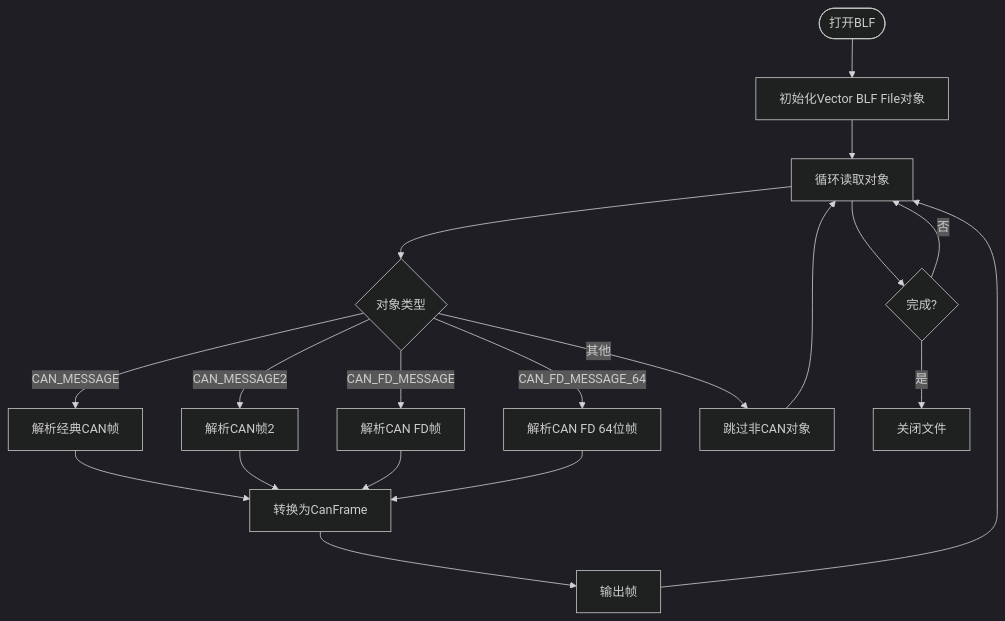
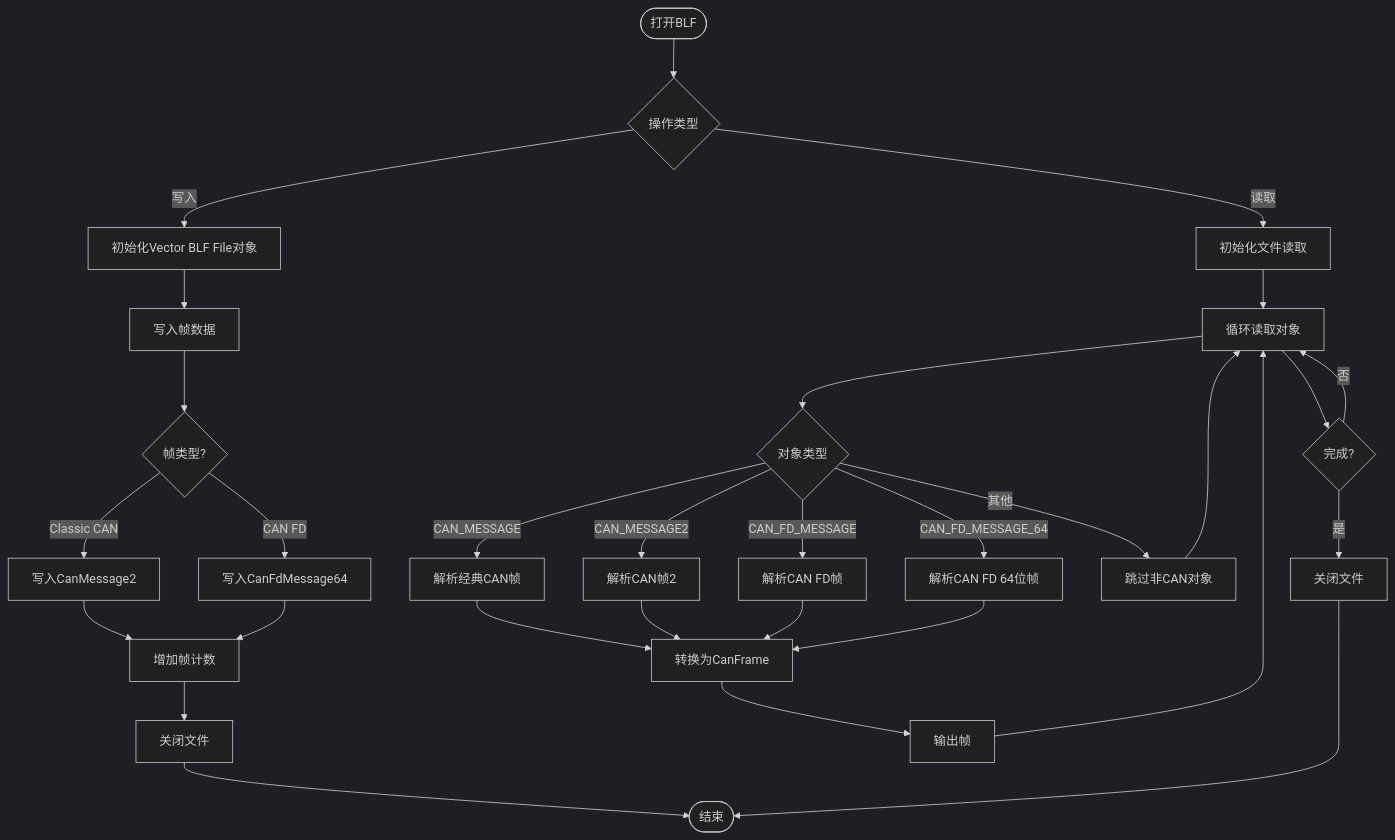
Before and after one commit to jakecai1225-design/OpenBus: the sixth of 11 diagrams in .qoder/repowiki/zh/content/核心模块详解/CAN文件IO系统.md, drawn with Mermaid (dark theme). The commit also changed other lines of this file and 38 other files, not shown here.

````diff
--- a/.qoder/repowiki/zh/content/核心模块详解/CAN文件IO系统.md
+++ b/.qoder/repowiki/zh/content/核心模块详解/CAN文件IO系统.md
@@ -313,21 +331,32 @@
 ```mermaid
 flowchart TD
-Open(["打开BLF"]) --> Init["初始化Vector BLF File对象"]
-Init --> ReadObj["循环读取对象"]
-ReadObj --> Type{"对象类型"}
-Type --> |CAN_MESSAGE| ParseClassic["解析经典CAN帧"]
-Type --> |CAN_MESSAGE2| ParseClassic2["解析CAN帧2"]
-Type --> |CAN_FD_MESSAGE| ParseFD["解析CAN FD帧"]
-Type --> |CAN_FD_MESSAGE_64| ParseFD64["解析CAN FD 64位帧"]
-Type --> |其他| Skip["跳过非CAN对象"]
+Open(["打开BLF"]) --> Type{"操作类型"}
+Type --> |写入| WriteInit["初始化Vector BLF File对象"]
+Type --> |读取| ReadInit["初始化文件读取"]
+WriteInit --> WriteFrame["写入帧数据"]
+WriteFrame --> Classic{"帧类型?"}
+Classic --> |Classic CAN| WriteClassic["写入CanMessage2"]
+Classic --> |CAN FD| WriteFD["写入CanFdMessage64"]
+WriteClassic --> Count["增加帧计数"]
+WriteFD --> Count
+Count --> WriteClose["关闭文件"]
+ReadInit --> ReadObj["循环读取对象"]
+ReadObj --> ObjType{"对象类型"}
+ObjType --> |CAN_MESSAGE| ParseClassic["解析经典CAN帧"]
+ObjType --> |CAN_MESSAGE2| ParseClassic2["解析CAN帧2"]
+ObjType --> |CAN_FD_MESSAGE| ParseFD["解析CAN FD帧"]
+ObjType --> |CAN_FD_MESSAGE_64| ParseFD64["解析CAN FD 64位帧"]
+ObjType --> |其他| Skip["跳过非CAN对象"]
 ParseClassic --> Convert["转换为CanFrame"]
 ParseClassic2 --> Convert
 ParseFD --> Convert
 ParseFD64 --> Convert
 Convert --> Emit["输出帧"]
 Emit --> ReadObj
 Skip --> ReadObj
 ReadObj --> Done{"完成?"}
 Done -- 否 --> ReadObj
-Done -- 是 --> Close["关闭文件"]
+Done -- 是 --> ReadClose["关闭文件"]
+WriteClose --> End(["结束"])
+ReadClose --> End
 ```
````
